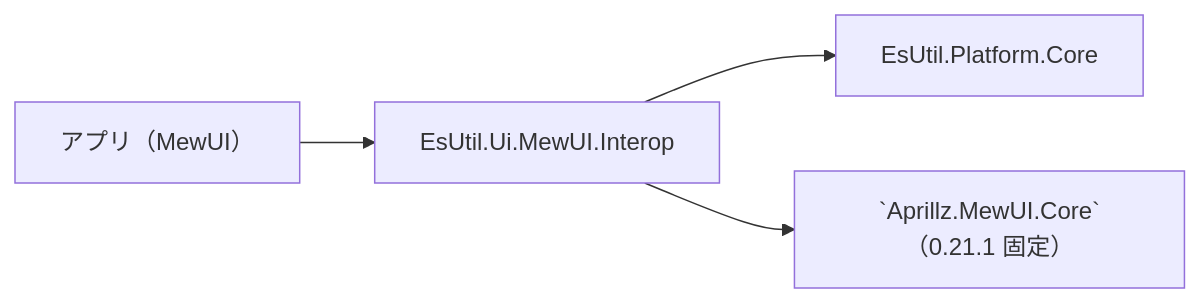
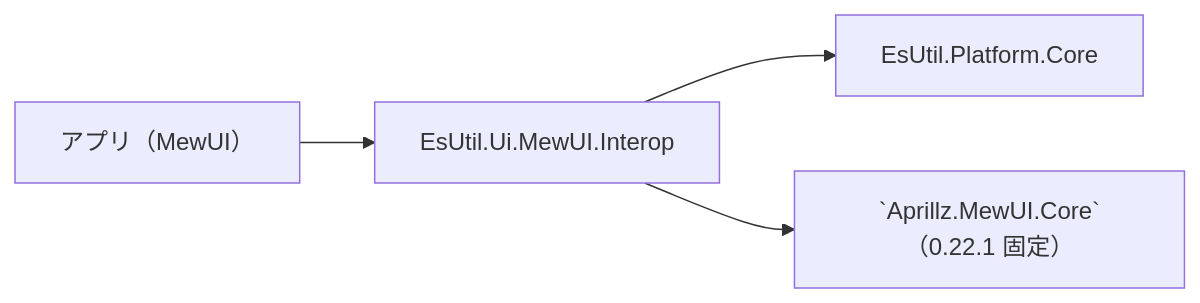
The diagram in EsUtil.Ui.MewUI/Interop/docs/SPEC_System.md (tomokuni/EsUtil), drawn with Mermaid before and after one commit. The commit also changed other lines of this file and 115 other files, not shown here.

````diff
--- a/EsUtil.Ui.MewUI/Interop/docs/SPEC_System.md
+++ b/EsUtil.Ui.MewUI/Interop/docs/SPEC_System.md
@@ -30,6 +30,6 @@
 ```mermaid
 graph LR
   APP[アプリ（MewUI）] --> BRIDGE[EsUtil.Ui.MewUI.Interop]
   BRIDGE --> CORE[EsUtil.Platform.Core]
-  BRIDGE --> UI[`Aprillz.MewUI.Core`（0.21.1 固定）]
+  BRIDGE --> UI[`Aprillz.MewUI.Core`（0.22.1 固定）]
 ```
````
